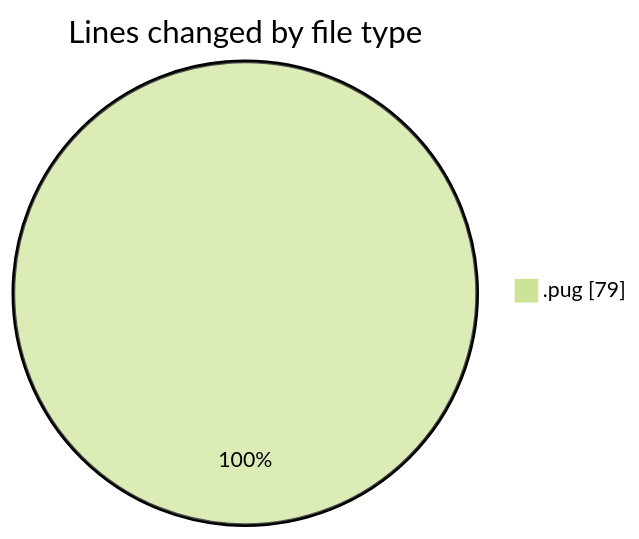
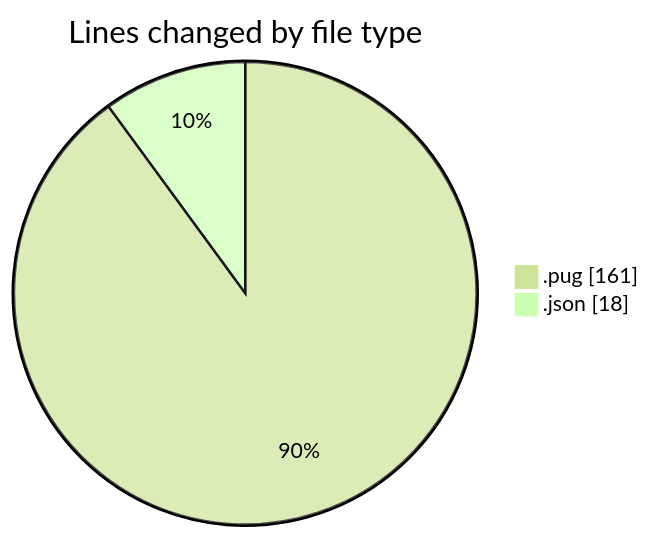
Before and after one commit to momahboobian/code-tracking: the first of 2 diagrams in 2025-11-04/cda/README.md, drawn with Mermaid (forest theme). The commit also changed other lines of this file and 1 other file, not shown here.

````diff
--- a/2025-11-04/cda/README.md
+++ b/2025-11-04/cda/README.md
@@ -20,5 +21,6 @@
 ```mermaid
 pie showData
 title Lines changed by file type
-".pug" : 79
+".pug" : 161
+".json" : 18
 ```
````
